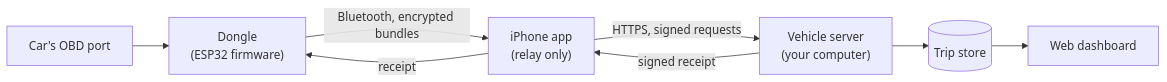
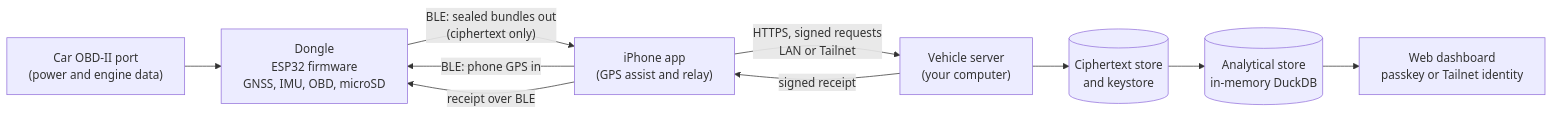
One commit to ParkWardRR/Cairn changed the first of 6 diagrams in README.md. Above: the diagram before and after it, drawn with Mermaid. The commit also changed other lines of this file, not shown here.

Commit message:
docs: overhaul the README: shared link matrix, diagrams, contracts table, docs index, FAQ

````diff
--- a/README.md
+++ b/README.md
@@ -61,10 +114,12 @@
 ```mermaid
 flowchart LR
-    car[Car's OBD port] --> dongle["Dongle<br/>(ESP32 firmware)"]
-    dongle -- "Bluetooth, encrypted bundles" --> phone["iPhone app<br/>(relay only)"]
-    phone -- "HTTPS, signed requests" --> server["Vehicle server<br/>(your computer)"]
-    server --> store[("Trip store")]
-    store --> web["Web dashboard"]
+    car["Car OBD-II port<br/>(power and engine data)"] --> dongle["Dongle<br/>ESP32 firmware<br/>GNSS, IMU, OBD, microSD"]
+    phone["iPhone app<br/>(GPS assist and relay)"] -- "BLE: phone GPS in" --> dongle
+    dongle -- "BLE: sealed bundles out<br/>(ciphertext only)" --> phone
+    phone -- "HTTPS, signed requests<br/>LAN or Tailnet" --> server["Vehicle server<br/>(your computer)"]
+    server --> cas[("Ciphertext store<br/>and keystore")]
+    cas --> tsdb[("Analytical store<br/>in-memory DuckDB")]
+    tsdb --> web["Web dashboard<br/>passkey or Tailnet identity"]
     server -- "signed receipt" --> phone
-    phone -- "receipt" --> dongle
+    phone -- "receipt over BLE" --> dongle
 ```
````
